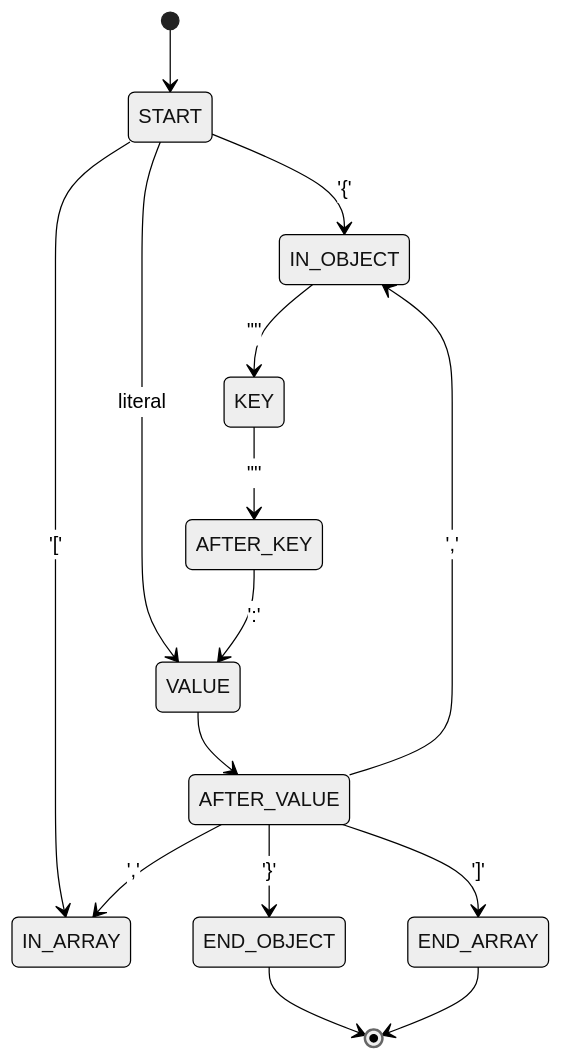
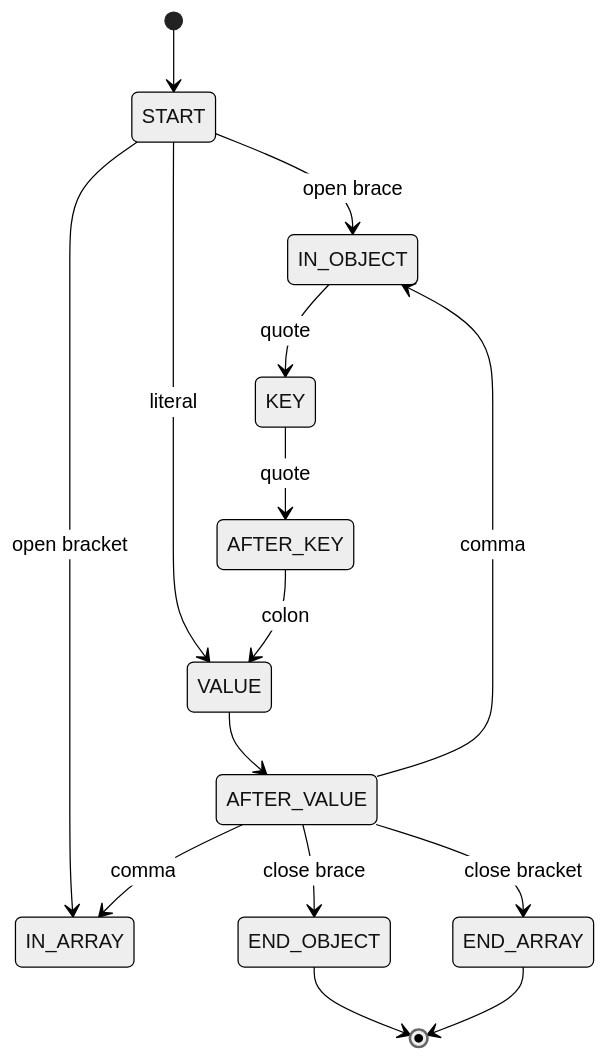
Before and after one commit to vidocq-stack/champollion: the second of 4 diagrams in docs/en/modules/ROOT/pages/internals.adoc, drawn with Mermaid (neutral theme).

Commit message:
docs: spell out the parser state labels (0.2.0)
The quoted punctuation labels ('{', '"', ':'…) of the parser state diagram broke Mermaid, so Kroki answered 400 and the 0.2.0 internals page shipped without the diagram. The labels are spelled out, as on main. Checked against kroki.vidocq.dev: 200.

Claude-Session: https://claude.ai/code/session_01RxAdNG7RnZkC5SjtbSvMwY

```diff
--- a/docs/en/modules/ROOT/pages/internals.adoc
+++ b/docs/en/modules/ROOT/pages/internals.adoc
@@ -40,18 +40,18 @@
 [mermaid]
 ....
 stateDiagram-v2
     [*] --> START
-    START --> IN_OBJECT: '{'
-    START --> IN_ARRAY: '['
+    START --> IN_OBJECT: open brace
+    START --> IN_ARRAY: open bracket
     START --> VALUE: literal
-    IN_OBJECT --> KEY: '"'
-    KEY --> AFTER_KEY: '"'
-    AFTER_KEY --> VALUE: ':'
+    IN_OBJECT --> KEY: quote
+    KEY --> AFTER_KEY: quote
+    AFTER_KEY --> VALUE: colon
     VALUE --> AFTER_VALUE
-    AFTER_VALUE --> IN_OBJECT: ','
-    AFTER_VALUE --> END_OBJECT: '}'
-    AFTER_VALUE --> IN_ARRAY: ','
-    AFTER_VALUE --> END_ARRAY: ']'
+    AFTER_VALUE --> IN_OBJECT: comma
+    AFTER_VALUE --> END_OBJECT: close brace
+    AFTER_VALUE --> IN_ARRAY: comma
+    AFTER_VALUE --> END_ARRAY: close bracket
     END_OBJECT --> [*]
     END_ARRAY --> [*]
 ....
```
